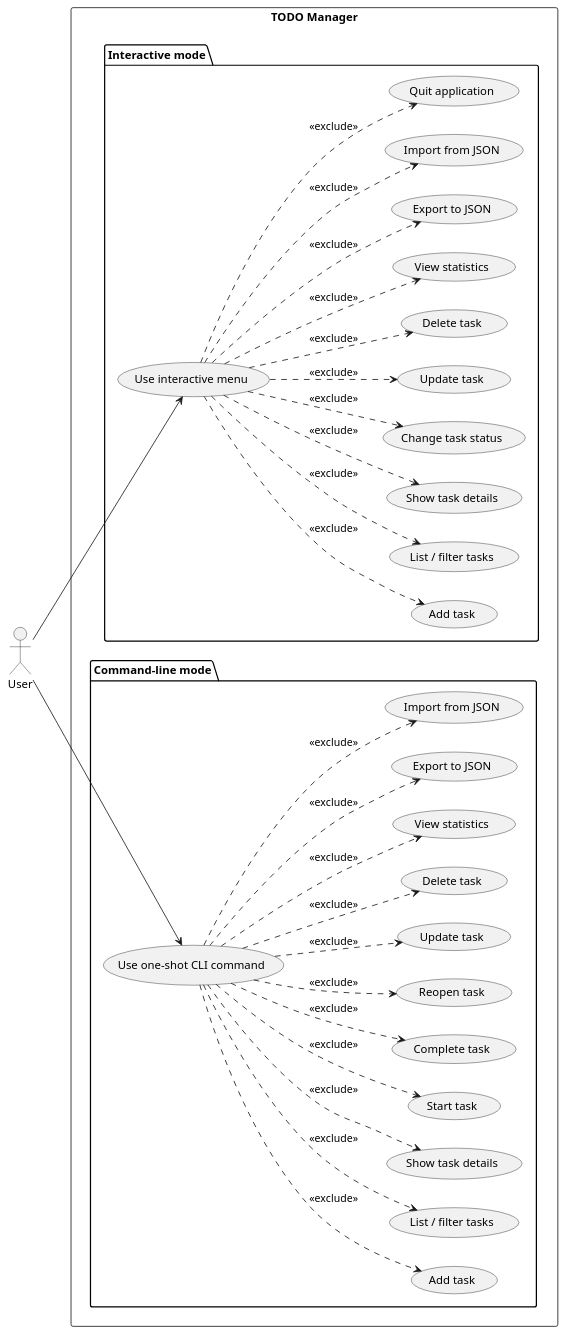
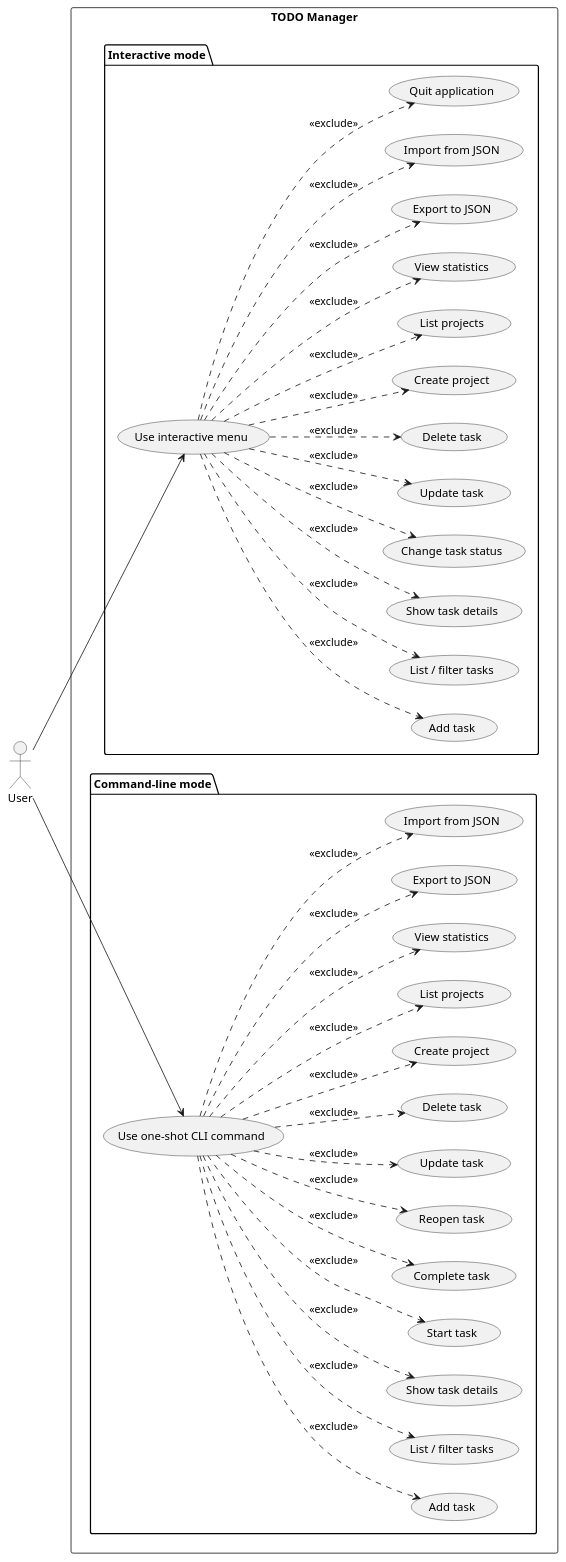
The diagram in experiments/broadcast/test_driven/TODO/artifacts/use_case_diagram.puml (DanielRiha8906/Software_autoevolution_using_agents), drawn with PlantUML before and after one commit. The commit also changed 14 other files, not shown here.

```diff
--- a/experiments/broadcast/test_driven/TODO/artifacts/use_case_diagram.puml
+++ b/experiments/broadcast/test_driven/TODO/artifacts/use_case_diagram.puml
@@ -1,65 +1,73 @@
 @startuml use_case_diagram
 
 left to right direction
 
 actor User
 
 rectangle "TODO Manager" {
 
   package "Interactive mode" {
     usecase "Use interactive menu" as UI
     usecase "Add task" as I_ADD
     usecase "List / filter tasks" as I_LIST
     usecase "Show task details" as I_SHOW
     usecase "Change task status" as I_STATUS
     usecase "Update task" as I_UPDATE
     usecase "Delete task" as I_DELETE
+    usecase "Create project" as I_PROJECT_CREATE
+    usecase "List projects" as I_PROJECT_LIST
     usecase "View statistics" as I_STATS
     usecase "Export to JSON" as I_EXPORT
     usecase "Import from JSON" as I_IMPORT
     usecase "Quit application" as I_QUIT
   }
 
   package "Command-line mode" {
     usecase "Use one-shot CLI command" as CLI
     usecase "Add task" as C_ADD
     usecase "List / filter tasks" as C_LIST
     usecase "Show task details" as C_SHOW
     usecase "Start task" as C_START
     usecase "Complete task" as C_DONE
     usecase "Reopen task" as C_REOPEN
     usecase "Update task" as C_UPDATE
     usecase "Delete task" as C_DELETE
+    usecase "Create project" as C_PROJECT_CREATE
+    usecase "List projects" as C_PROJECT_LIST
     usecase "View statistics" as C_STATS
     usecase "Export to JSON" as C_EXPORT
     usecase "Import from JSON" as C_IMPORT
   }
 }
 
 User --> UI
 User --> CLI
 
 UI ..> I_ADD      : <<exclude>>
 UI ..> I_LIST     : <<exclude>>
 UI ..> I_SHOW     : <<exclude>>
 UI ..> I_STATUS   : <<exclude>>
 UI ..> I_UPDATE   : <<exclude>>
 UI ..> I_DELETE   : <<exclude>>
+UI ..> I_PROJECT_CREATE : <<exclude>>
+UI ..> I_PROJECT_LIST : <<exclude>>
 UI ..> I_STATS    : <<exclude>>
 UI ..> I_EXPORT   : <<exclude>>
 UI ..> I_IMPORT   : <<exclude>>
 UI ..> I_QUIT     : <<exclude>>
 
 CLI ..> C_ADD     : <<exclude>>
 CLI ..> C_LIST    : <<exclude>>
 CLI ..> C_SHOW    : <<exclude>>
 CLI ..> C_START   : <<exclude>>
 CLI ..> C_DONE    : <<exclude>>
 CLI ..> C_REOPEN  : <<exclude>>
 CLI ..> C_UPDATE  : <<exclude>>
 CLI ..> C_DELETE  : <<exclude>>
+CLI ..> C_PROJECT_CREATE : <<exclude>>
+CLI ..> C_PROJECT_LIST : <<exclude>>
 CLI ..> C_STATS   : <<exclude>>
 CLI ..> C_EXPORT  : <<exclude>>
 CLI ..> C_IMPORT  : <<exclude>>
 
 @enduml
```
